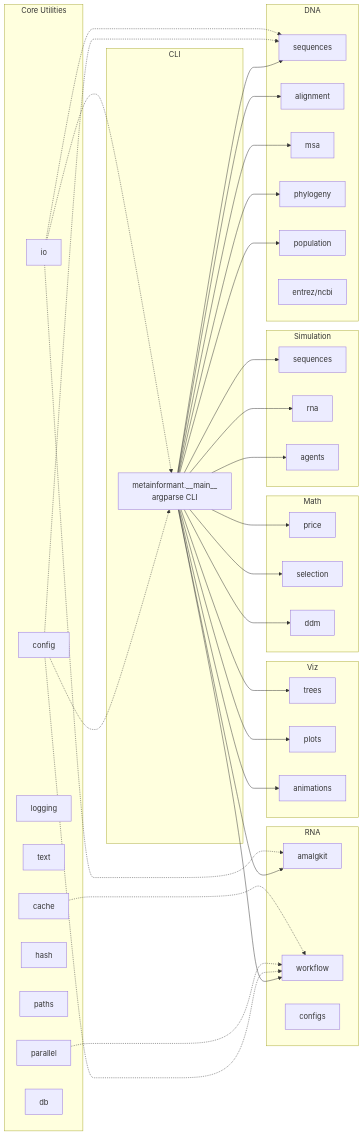
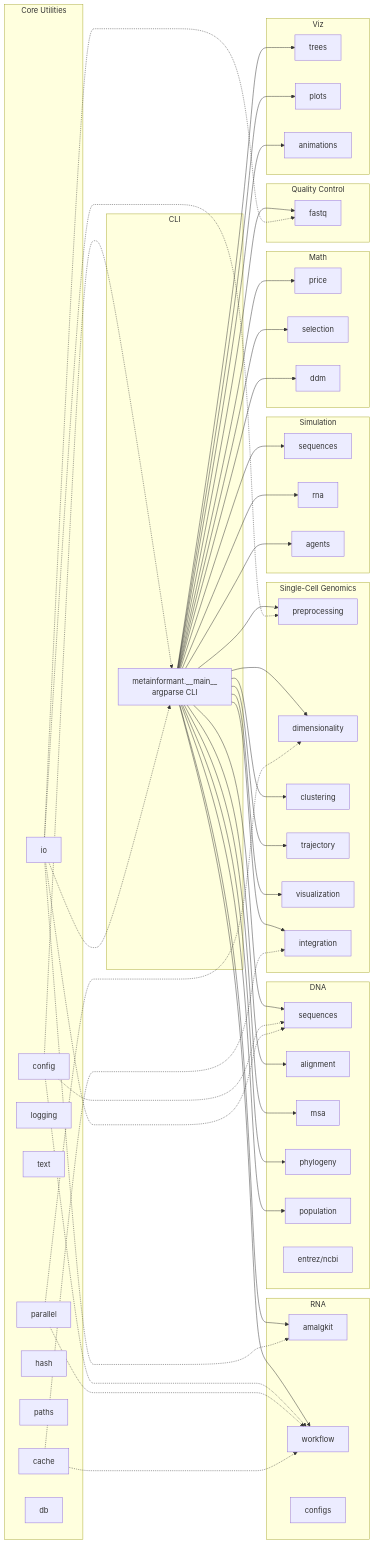
Before and after one commit to docxology/MetaInformAnt: the diagram in docs/architecture.md, drawn with Mermaid. The commit also changed 11 other files, not shown here.

````diff
--- a/docs/architecture.md
+++ b/docs/architecture.md
@@ -5,58 +5,75 @@
 ```mermaid
 flowchart LR
   subgraph CLI
     A[metainformant.__main__\nargparse CLI]
   end
   subgraph Core[Core Utilities]
     C1[config]
     C2[io]
     C3[logging]
     C4[text]
     C5[parallel]
     C6[hash]
     C7[paths]
     C8[cache]
     C9[db]
   end
   subgraph DNA
     D1[sequences]
     D2[alignment]
     D3[msa]
     D4[phylogeny]
     D5[population]
     D6[entrez/ncbi]
   end
   subgraph RNA
     R1[amalgkit]
     R2[workflow]
     R3[configs]
   end
+  subgraph SingleCell[Single-Cell Genomics]
+    SC1[preprocessing]
+    SC2[dimensionality]
+    SC3[clustering]
+    SC4[trajectory]
+    SC5[visualization]
+    SC6[integration]
+  end
+  subgraph QualityControl[Quality Control]
+    QC1[fastq]
+  end
   subgraph Simulation
     S1[sequences]
     S2[rna]
     S3[agents]
   end
   subgraph Math
     M1[price]
     M2[selection]
     M3[ddm]
   end
   subgraph Viz
     V1[trees]
     V2[plots]
     V3[animations]
   end
   A --> D1 & D2 & D3 & D4 & D5
   A --> R1 & R2
+  A --> SC1 & SC2 & SC3 & SC4 & SC5 & SC6
+  A --> QC1
   A --> S1 & S2 & S3
   A --> M1 & M2 & M3
   A --> V1 & V2 & V3
   C1 -.-> A
   C2 -.-> A
   C1 -.-> D1
   C2 -.-> D1
   C1 -.-> R2
   C2 -.-> R1
+  C2 -.-> SC1
+  C5 -.-> SC2
+  C8 -.-> SC6
+  C2 -.-> QC1
   C5 -.-> R2
   C8 -.-> R2
 ```
````
